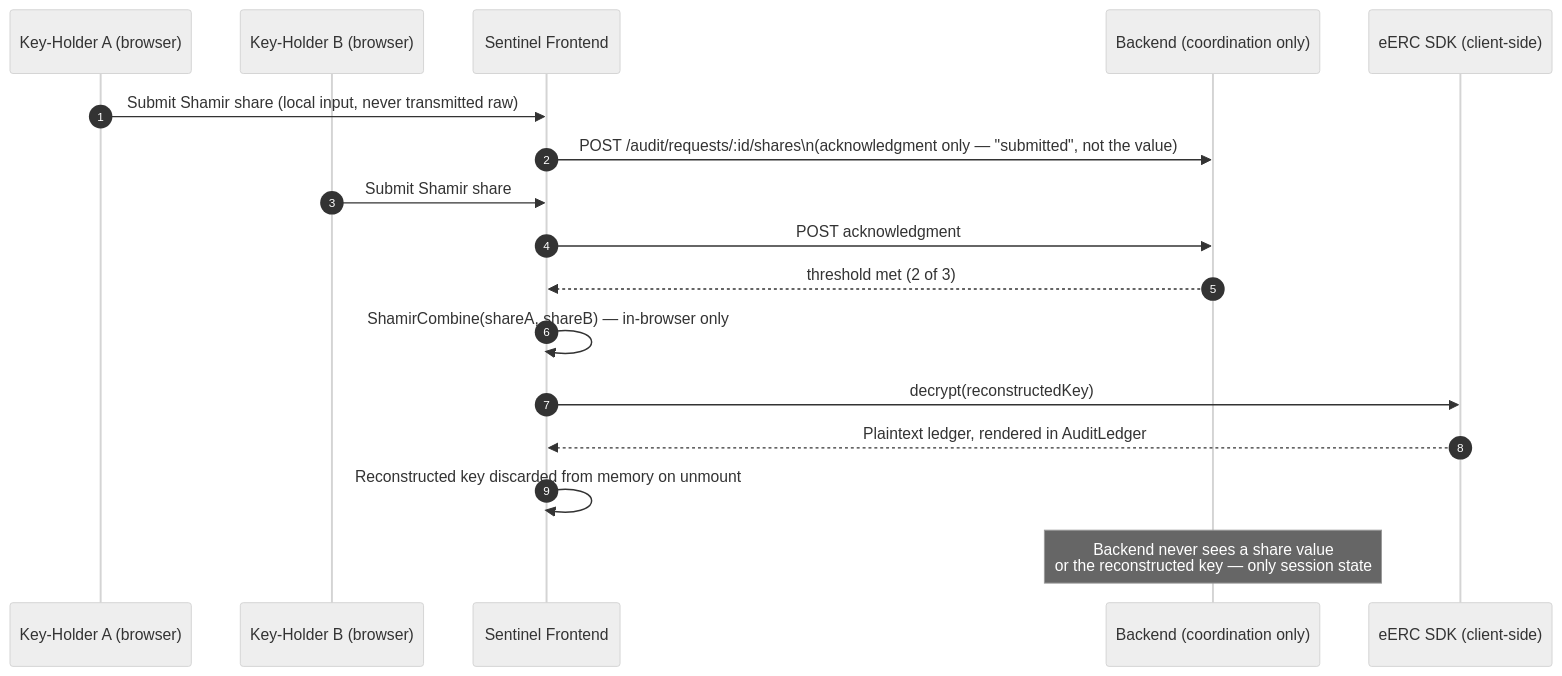
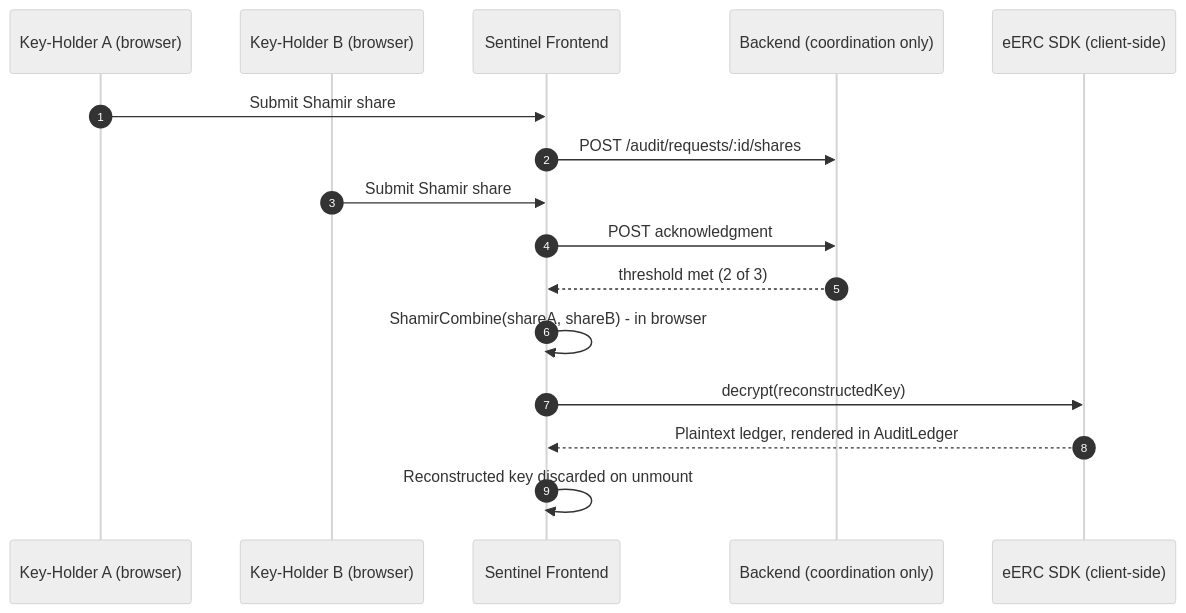
Before and after one commit to Soujanya-Mctrl/Sentinel: the fifth of 6 diagrams in README.md, drawn with Mermaid (neutral theme). The commit also changed other lines of this file, not shown here.

Commit message:
docs: update README mermaid diagrams to use flowchart syntax and refine textual descriptions

````diff
--- a/README.md
+++ b/README.md
@@ -129,21 +129,19 @@
 ```mermaid
 sequenceDiagram
     autonumber
     participant HolderA as Key-Holder A (browser)
     participant HolderB as Key-Holder B (browser)
     participant FE as Sentinel Frontend
     participant BE as Backend (coordination only)
     participant SDK as eERC SDK (client-side)
 
-    HolderA->>FE: Submit Shamir share (local input, never transmitted raw)
-    FE->>BE: POST /audit/requests/:id/shares\n(acknowledgment only — "submitted", not the value)
+    HolderA->>FE: Submit Shamir share
+    FE->>BE: POST /audit/requests/:id/shares
     HolderB->>FE: Submit Shamir share
     FE->>BE: POST acknowledgment
     BE-->>FE: threshold met (2 of 3)
-    FE->>FE: ShamirCombine(shareA, shareB) — in-browser only
+    FE->>FE: ShamirCombine(shareA, shareB) - in browser
     FE->>SDK: decrypt(reconstructedKey)
     SDK-->>FE: Plaintext ledger, rendered in AuditLedger
-    FE->>FE: Reconstructed key discarded from memory on unmount
-
-    Note over BE: Backend never sees a share value<br/>or the reconstructed key — only session state
+    FE->>FE: Reconstructed key discarded on unmount
 ```
````
